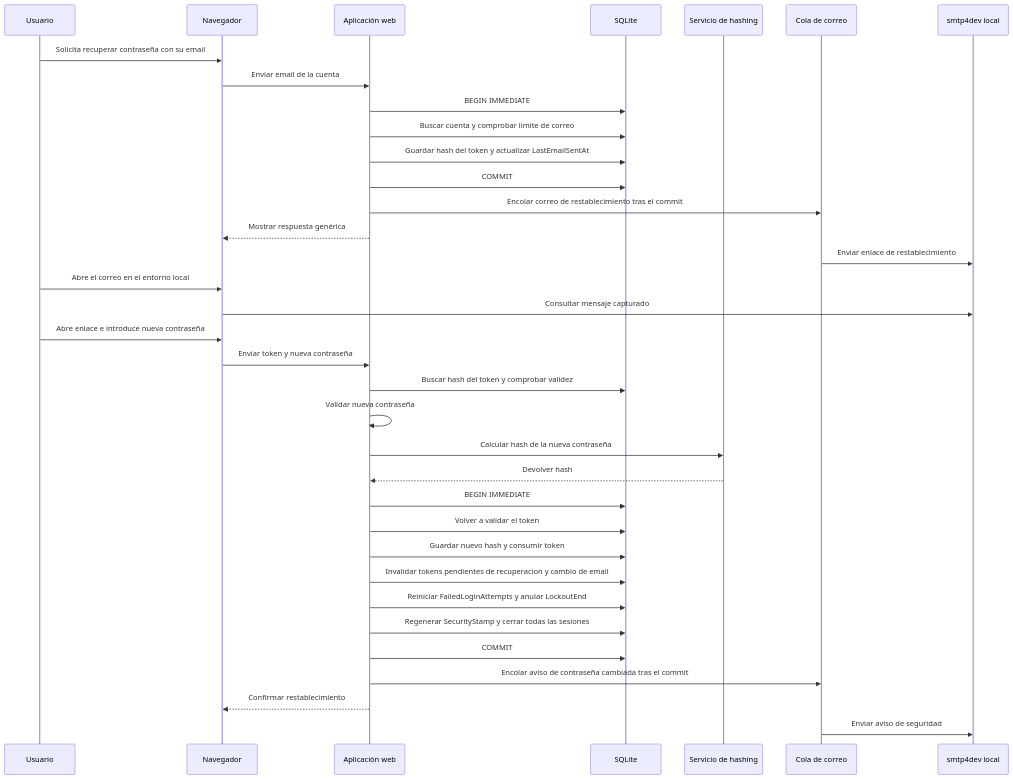
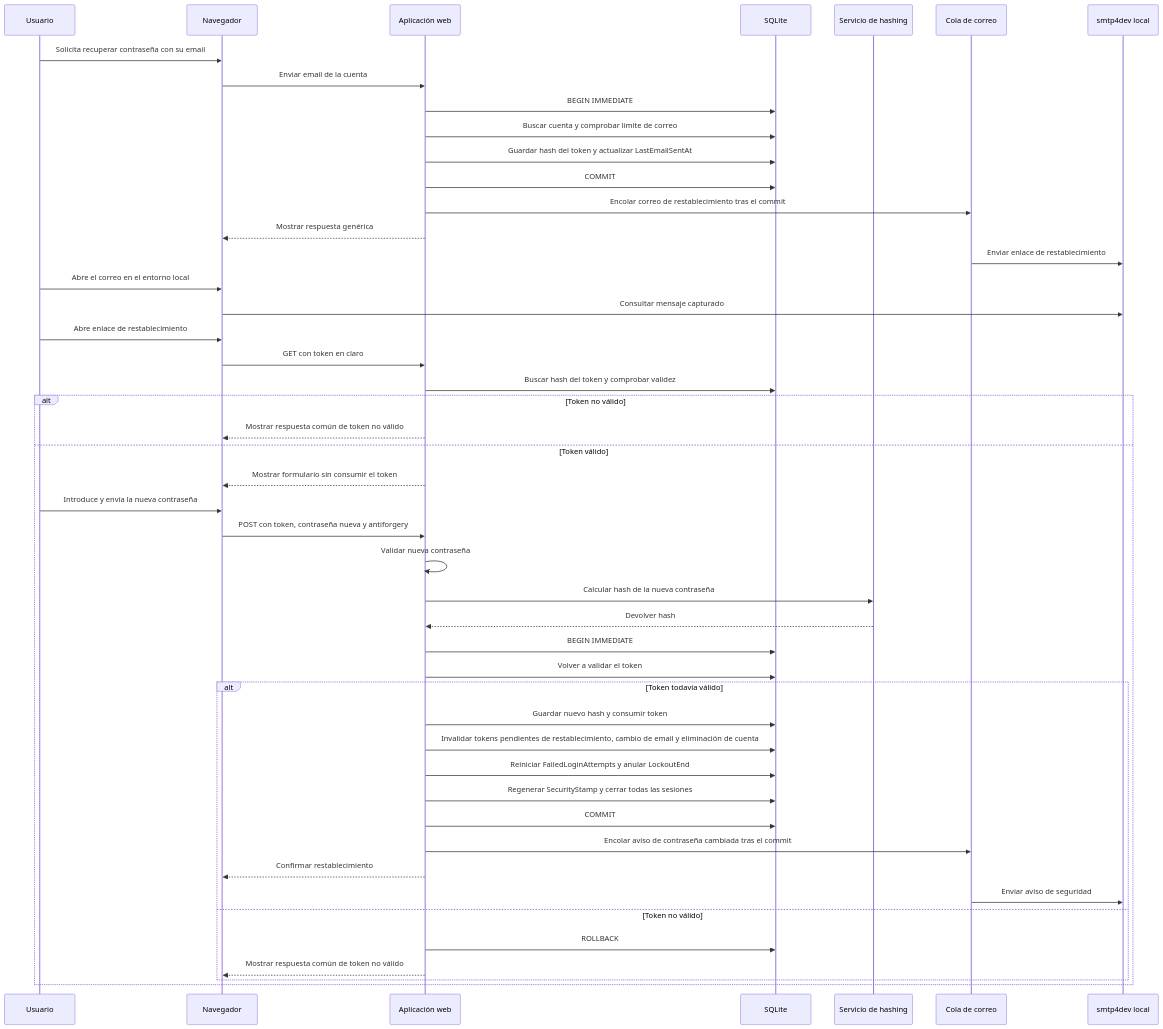
One commit to DaveSoftDev/Linkubator changed the diagram in context/diagrams/account-password-reset-sequence.md. Above: the diagram before and after it, drawn with Mermaid. The commit also changed other lines of this file and 29 other files, not shown here.

````diff
--- a/context/diagrams/account-password-reset-sequence.md
+++ b/context/diagrams/account-password-reset-sequence.md
@@ -5,38 +5,50 @@
 ```mermaid
 sequenceDiagram
     participant User as Usuario
     participant Browser as Navegador
     participant App as Aplicación web
     participant DB as SQLite
     participant Hasher as Servicio de hashing
     participant MailQueue as Cola de correo
     participant SMTP as smtp4dev local
 
     User->>Browser: Solicita recuperar contraseña con su email
     Browser->>App: Enviar email de la cuenta
     App->>DB: BEGIN IMMEDIATE
     App->>DB: Buscar cuenta y comprobar limite de correo
     App->>DB: Guardar hash del token y actualizar LastEmailSentAt
     App->>DB: COMMIT
     App->>MailQueue: Encolar correo de restablecimiento tras el commit
     App-->>Browser: Mostrar respuesta genérica
     MailQueue->>SMTP: Enviar enlace de restablecimiento
     User->>Browser: Abre el correo en el entorno local
     Browser->>SMTP: Consultar mensaje capturado
-    User->>Browser: Abre enlace e introduce nueva contraseña
-    Browser->>App: Enviar token y nueva contraseña
+    User->>Browser: Abre enlace de restablecimiento
+    Browser->>App: GET con token en claro
     App->>DB: Buscar hash del token y comprobar validez
-    App->>App: Validar nueva contraseña
-    App->>Hasher: Calcular hash de la nueva contraseña
-    Hasher-->>App: Devolver hash
-    App->>DB: BEGIN IMMEDIATE
-    App->>DB: Volver a validar el token
-    App->>DB: Guardar nuevo hash y consumir token
-    App->>DB: Invalidar tokens pendientes de recuperacion y cambio de email
-    App->>DB: Reiniciar FailedLoginAttempts y anular LockoutEnd
-    App->>DB: Regenerar SecurityStamp y cerrar todas las sesiones
-    App->>DB: COMMIT
-    App->>MailQueue: Encolar aviso de contraseña cambiada tras el commit
-    App-->>Browser: Confirmar restablecimiento
-    MailQueue->>SMTP: Enviar aviso de seguridad
+    alt Token no válido
+        App-->>Browser: Mostrar respuesta común de token no válido
+    else Token válido
+        App-->>Browser: Mostrar formulario sin consumir el token
+        User->>Browser: Introduce y envía la nueva contraseña
+        Browser->>App: POST con token, contraseña nueva y antiforgery
+        App->>App: Validar nueva contraseña
+        App->>Hasher: Calcular hash de la nueva contraseña
+        Hasher-->>App: Devolver hash
+        App->>DB: BEGIN IMMEDIATE
+        App->>DB: Volver a validar el token
+        alt Token todavía válido
+            App->>DB: Guardar nuevo hash y consumir token
+            App->>DB: Invalidar tokens pendientes de restablecimiento, cambio de email y eliminación de cuenta
+            App->>DB: Reiniciar FailedLoginAttempts y anular LockoutEnd
+            App->>DB: Regenerar SecurityStamp y cerrar todas las sesiones
+            App->>DB: COMMIT
+            App->>MailQueue: Encolar aviso de contraseña cambiada tras el commit
+            App-->>Browser: Confirmar restablecimiento
+            MailQueue->>SMTP: Enviar aviso de seguridad
+        else Token no válido
+            App->>DB: ROLLBACK
+            App-->>Browser: Mostrar respuesta común de token no válido
+        end
+    end
 ```
````
